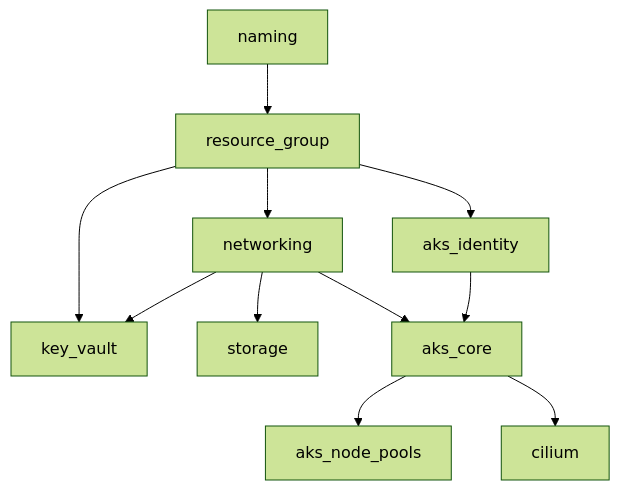
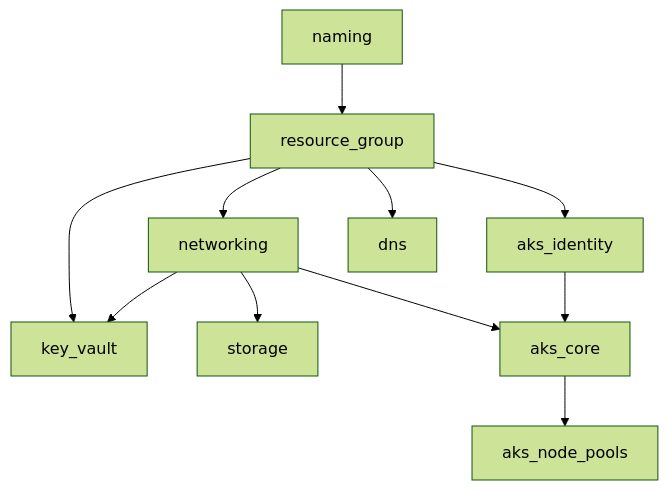
One commit to asanexample/platform changed the diagram in infra/live/azure/dev/eastus/README.md. Above: the diagram before and after it, drawn with Mermaid (forest theme). The commit also changed other lines of this file and 78 other files, not shown here.

````diff
--- a/infra/live/azure/dev/eastus/README.md
+++ b/infra/live/azure/dev/eastus/README.md
@@ -23,13 +23,13 @@
 ```mermaid
 graph TD
     naming --> resource_group
     resource_group --> networking
     resource_group --> aks_identity
     resource_group --> key_vault
     networking --> storage
     networking --> aks_core
     networking --> key_vault
     aks_identity --> aks_core
     aks_core --> aks_node_pools
-    aks_core --> cilium
+    resource_group --> dns
 ```
````
